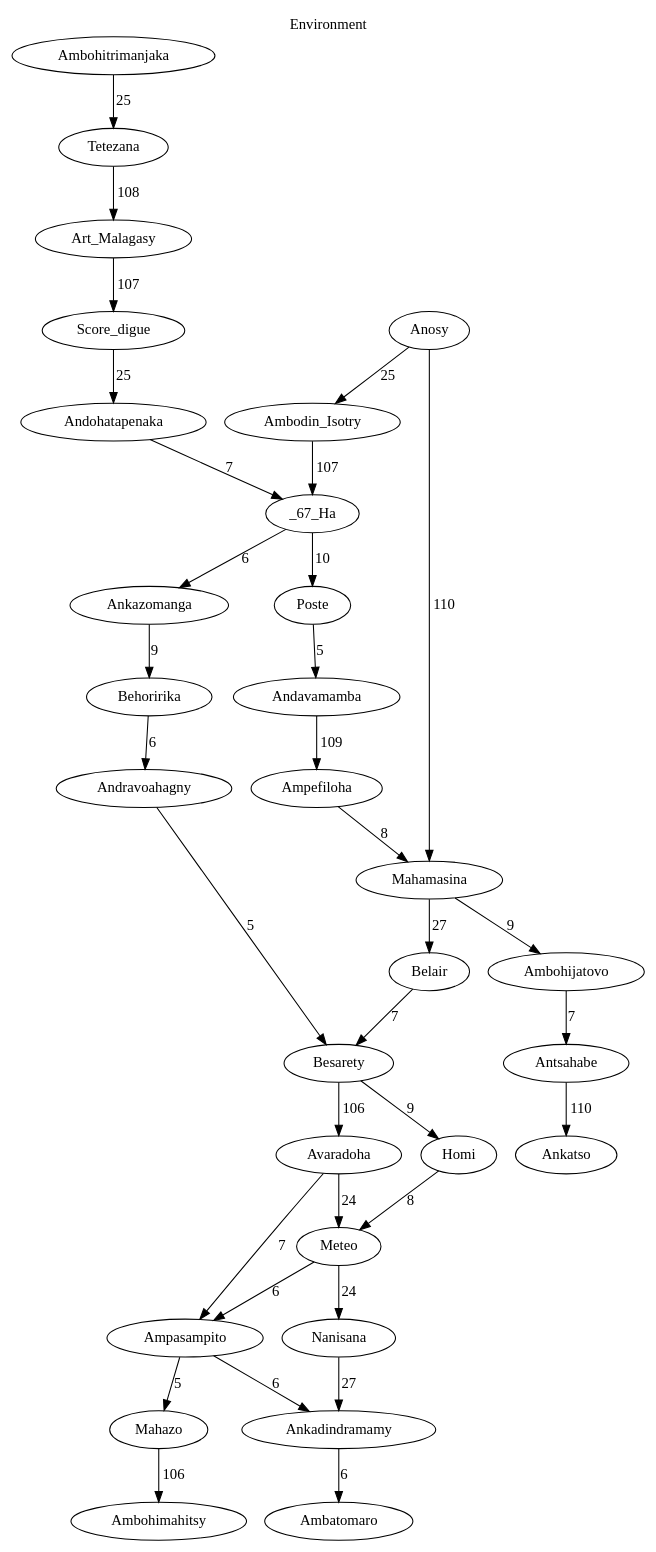
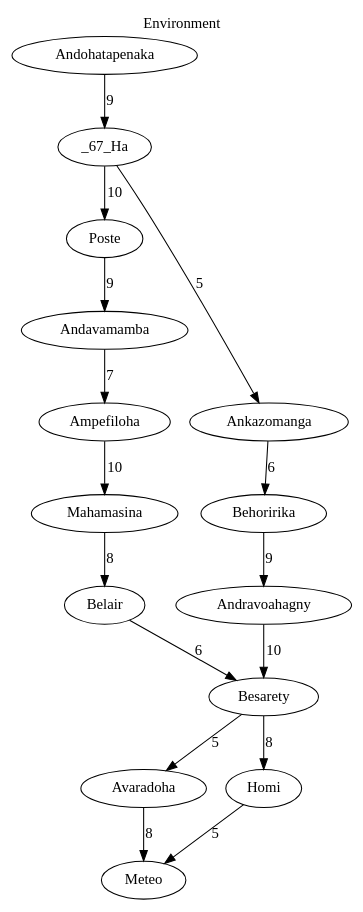
The diagram in out/graph.gv (Online13/bus-path-finding), drawn with Graphviz before and after one commit. The commit also changed 10 other files, not shown here.

```diff
--- a/out/graph.gv
+++ b/out/graph.gv
@@ -1,75 +1,17 @@
 digraph G {
-	labelloc="t"	label="Environment"	Ambodin_Isotry -> _67_Ha [weight=107, label="107"];
-	Art_Malagasy -> Score_digue [weight=107, label="107"];
-	Antsahabe -> Ankatso [weight=110, label="110"];
-	Andavamamba -> Ampefiloha [weight=109, label="109"];
-	Ampefiloha -> Mahamasina [weight=8, label="8"];
+	labelloc="t"	label="Environment"	Andavamamba -> Ampefiloha [weight=7, label="7"];
+	Ampefiloha -> Mahamasina [weight=10, label="10"];
 	_67_Ha -> Poste [weight=10, label="10"];
-	Meteo -> Ampasampito [weight=6, label="6"];
-	Andohatapenaka -> _67_Ha [weight=7, label="7"];
-	Meteo -> Nanisana [weight=24, label="24"];
-	Mahamasina -> Belair [weight=27, label="27"];
-	Ankazomanga -> Behoririka [weight=9, label="9"];
-	Andravoahagny -> Besarety [weight=5, label="5"];
-	Besarety -> Avaradoha [weight=106, label="106"];
-	Ambohitrimanjaka -> Tetezana [weight=25, label="25"];
-	Homi -> Meteo [weight=8, label="8"];
-	Ampasampito -> Mahazo [weight=5, label="5"];
-	Besarety -> Homi [weight=9, label="9"];
-	Tetezana -> Art_Malagasy [weight=108, label="108"];
-	Ampasampito -> Ankadindramamy [weight=6, label="6"];
-	Poste -> Andavamamba [weight=5, label="5"];
-	_67_Ha -> Ankazomanga [weight=6, label="6"];
-	Behoririka -> Andravoahagny [weight=6, label="6"];
-	Score_digue -> Andohatapenaka [weight=25, label="25"];
-	Mahamasina -> Ambohijatovo [weight=9, label="9"];
-	Anosy -> Mahamasina [weight=110, label="110"];
-	Ankadindramamy -> Ambatomaro [weight=6, label="6"];
-	Mahazo -> Ambohimahitsy [weight=106, label="106"];
-	Anosy -> Ambodin_Isotry [weight=25, label="25"];
-	Belair -> Besarety [weight=7, label="7"];
-	Avaradoha -> Meteo [weight=24, label="24"];
-	Ambohijatovo -> Antsahabe [weight=7, label="7"];
-	Avaradoha -> Ampasampito [weight=7, label="7"];
-	Nanisana -> Ankadindramamy [weight=27, label="27"];
-	Andohatapenaka;
-	Ambohitrimanjaka;
-	_67_Ha;
-	Art_Malagasy;
-	Tetezana;
-	Score_digue;
-	Poste;
-	Ampefiloha;
-	_67_Ha;
-	Mahamasina;
-	Andavamamba;
-	Ankatso;
-	Ambohijatovo;
-	Antsahabe;
-	Besarety;
-	Meteo;
-	Nanisana;
-	Mahamasina;
-	Ambatomaro;
-	Avaradoha;
-	Anosy;
-	Belair;
-	Ankadindramamy;
-	Besarety;
-	Meteo;
-	Andravoahagny;
-	Behoririka;
-	_67_Ha;
-	Ambodin_Isotry;
-	Ambatomaro;
-	Anosy;
-	Ankazomanga;
-	Homi;
-	Ampasampito;
-	Ankadindramamy;
-	Besarety;
-	Avaradoha;
-	Ambohimahitsy;
-	Mahazo;
-	Ampasampito;
+	Andohatapenaka -> _67_Ha [weight=9, label="9"];
+	Mahamasina -> Belair [weight=8, label="8"];
+	Ankazomanga -> Behoririka [weight=6, label="6"];
+	Andravoahagny -> Besarety [weight=10, label="10"];
+	Besarety -> Avaradoha [weight=5, label="5"];
+	Homi -> Meteo [weight=5, label="5"];
+	Besarety -> Homi [weight=8, label="8"];
+	Poste -> Andavamamba [weight=9, label="9"];
+	_67_Ha -> Ankazomanga [weight=5, label="5"];
+	Behoririka -> Andravoahagny [weight=9, label="9"];
+	Belair -> Besarety [weight=6, label="6"];
+	Avaradoha -> Meteo [weight=8, label="8"];
 }
```
